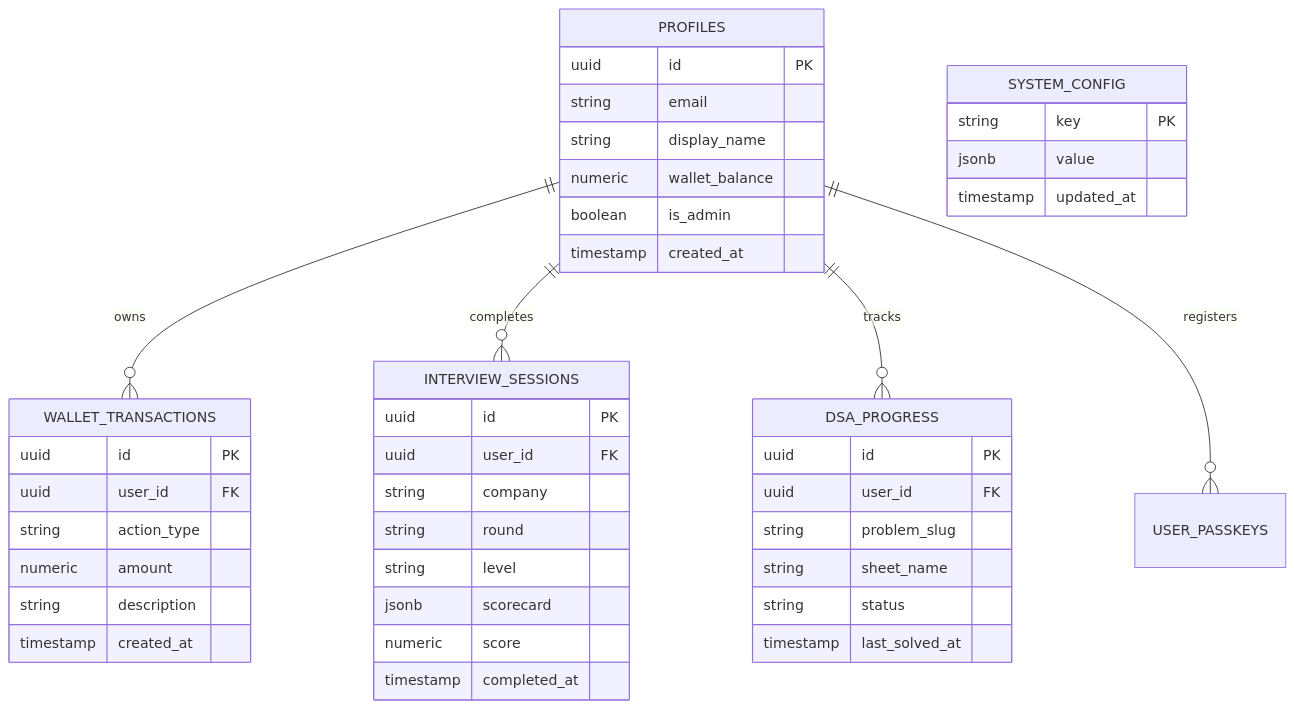
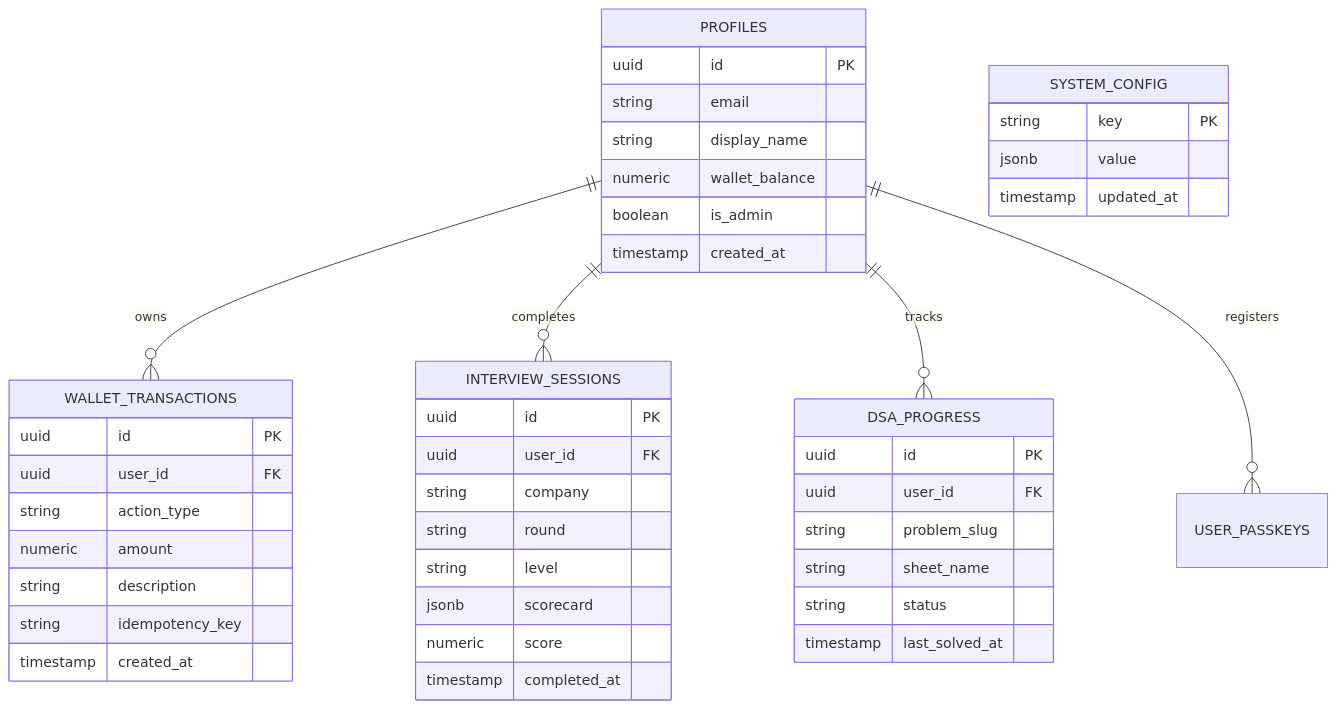
One commit to mdalamrahman/edustreams changed the fifth of 5 diagrams in SYSTEM_ARCHITECTURE.md. Above: the diagram before and after it, drawn with Mermaid. The commit also changed other lines of this file, not shown here.

Commit message:
docs: update SYSTEM_ARCHITECTURE.md to reflect Cloudflare Pages Anycast edge proxy, Render backend, 512KB MTProto streaming, and Multi-LLM cascade

````diff
--- a/SYSTEM_ARCHITECTURE.md
+++ b/SYSTEM_ARCHITECTURE.md
@@ -248,51 +247,52 @@
 ```mermaid
 erDiagram
     PROFILES ||--o{ WALLET_TRANSACTIONS : owns
     PROFILES ||--o{ INTERVIEW_SESSIONS : completes
     PROFILES ||--o{ DSA_PROGRESS : tracks
     PROFILES ||--o{ USER_PASSKEYS : registers
 
     PROFILES {
         uuid id PK
         string email
         string display_name
         numeric wallet_balance
         boolean is_admin
         timestamp created_at
     }
 
     WALLET_TRANSACTIONS {
         uuid id PK
         uuid user_id FK
         string action_type
         numeric amount
         string description
+        string idempotency_key
         timestamp created_at
     }
 
     INTERVIEW_SESSIONS {
         uuid id PK
         uuid user_id FK
         string company
         string round
         string level
         jsonb scorecard
         numeric score
         timestamp completed_at
     }
 
     DSA_PROGRESS {
         uuid id PK
         uuid user_id FK
         string problem_slug
         string sheet_name
         string status
         timestamp last_solved_at
     }
 
     SYSTEM_CONFIG {
         string key PK
         jsonb value
         timestamp updated_at
     }
 ```
````
